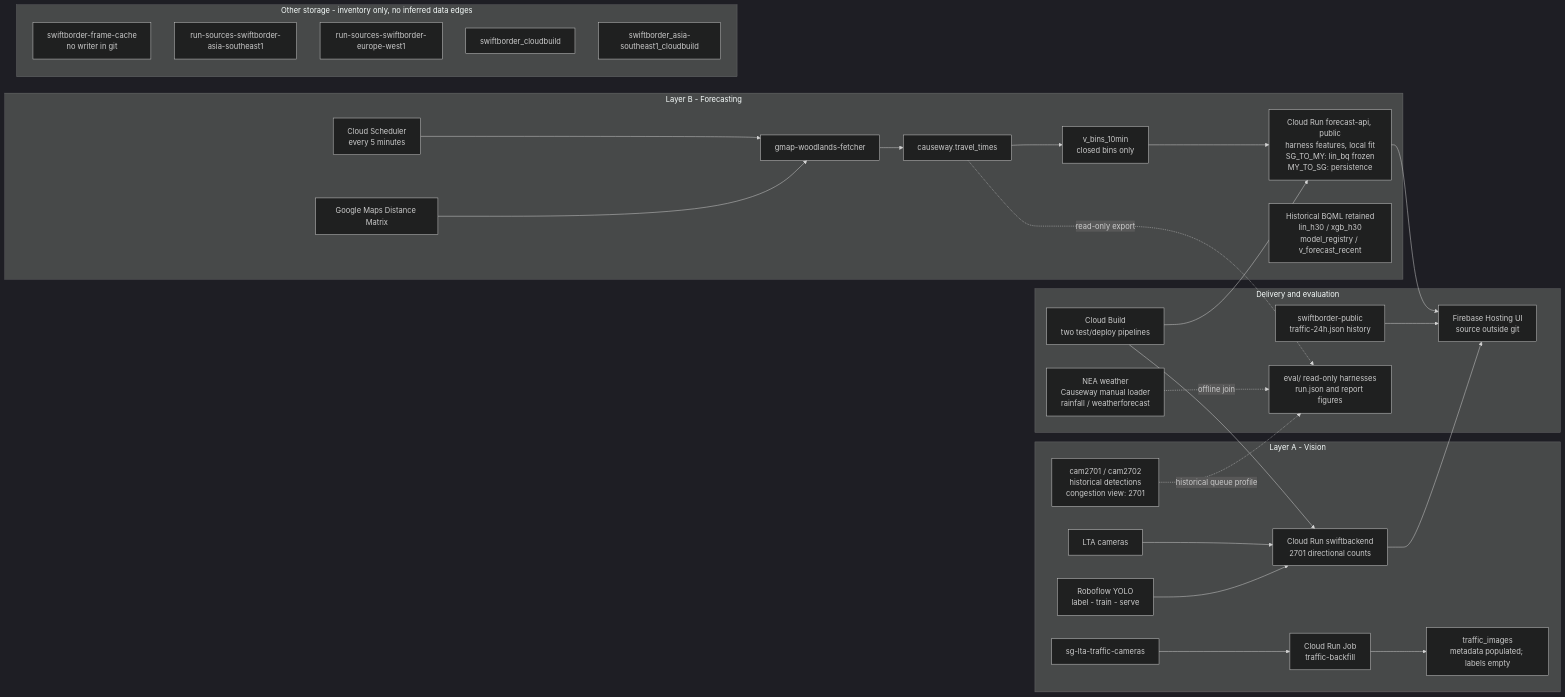
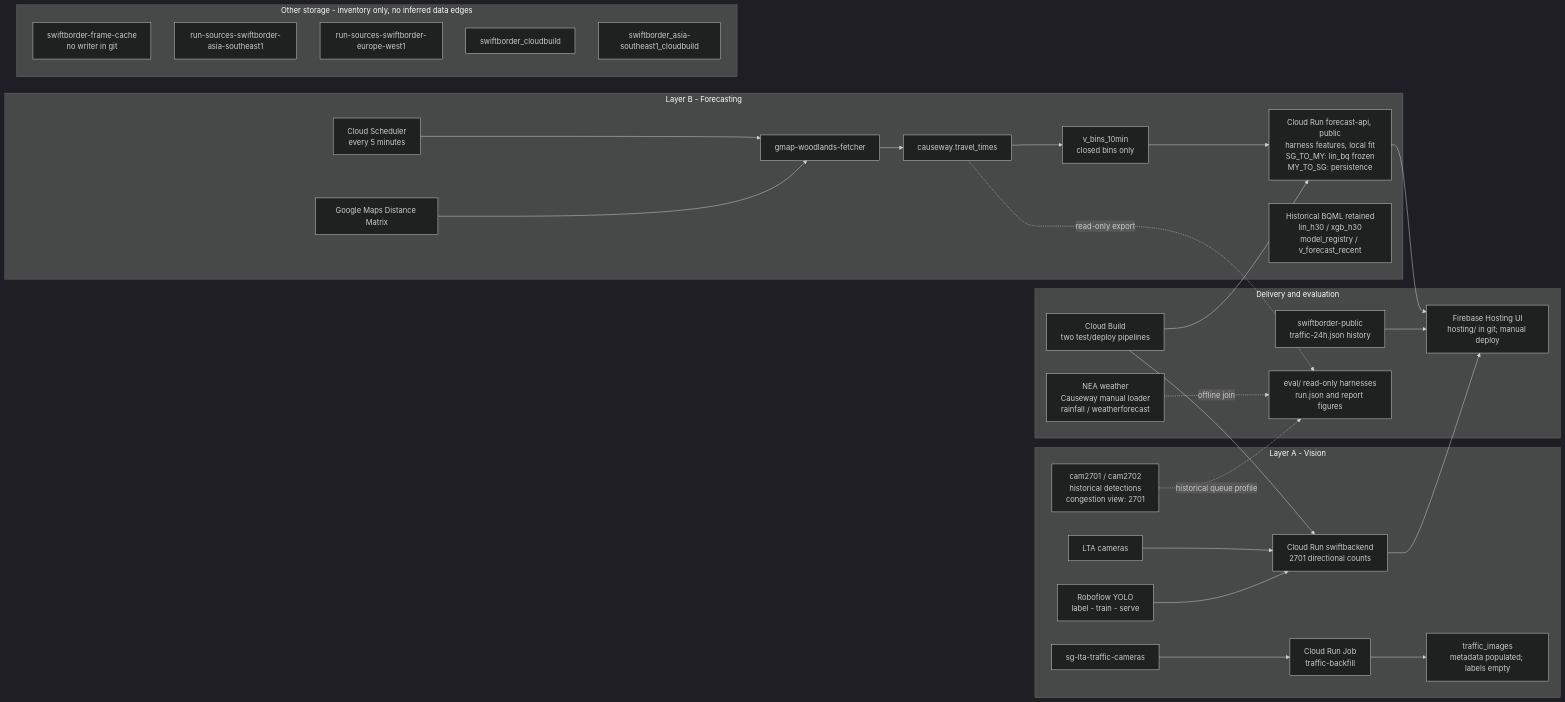
One commit to sozuken-max/swiftborder changed the second of 2 diagrams in docs/architecture.md. Above: the diagram before and after it, drawn with Mermaid (dark theme). The commit also changed other lines of this file and 17 other files, not shown here.

First line of the commit message:
Record the 4 Oct live check and that Hosting is in git.

````diff
--- a/docs/architecture.md
+++ b/docs/architecture.md
@@ -82,37 +82,37 @@
 ```mermaid
 flowchart LR
   subgraph LA["Layer A - Vision"]
     LTA["LTA cameras"] --> SB["Cloud Run swiftbackend<br/>2701 directional counts"]
     RF["Roboflow YOLO<br/>label - train - serve"] --> SB
     CAM["sg-lta-traffic-cameras"] --> JOB["Cloud Run Job<br/>traffic-backfill"]
     JOB --> META["traffic_images<br/>metadata populated; labels empty"]
     HIST["cam2701 / cam2702<br/>historical detections<br/>congestion view: 2701"]
   end
   subgraph LB["Layer B - Forecasting"]
     SCH["Cloud Scheduler<br/>every 5 minutes"] --> ING["gmap-woodlands-fetcher"]
     MAPS["Google Maps Distance Matrix"] --> ING
     ING --> TT["causeway.travel_times"]
     TT --> FEATURES["v_bins_10min<br/>closed bins only"]
     FEATURES --> API["Cloud Run forecast-api, public<br/>harness features, local fit<br/>SG_TO_MY: lin_bq frozen<br/>MY_TO_SG: persistence"]
     LEGACY["Historical BQML retained<br/>lin_h30 / xgb_h30<br/>model_registry / v_forecast_recent"]
   end
   subgraph DELIVERY["Delivery and evaluation"]
     BUILD["Cloud Build<br/>two test/deploy pipelines"] --> SB
     BUILD --> API
-    UI["Firebase Hosting UI<br/>source outside git"]
+    UI["Firebase Hosting UI<br/>hosting/ in git; manual deploy"]
     SB --> UI
     API --> UI
     PUB["swiftborder-public<br/>traffic-24h.json history"] --> UI
     EVAL["eval/ read-only harnesses<br/>run.json and report figures"]
     WX["NEA weather<br/>Causeway manual loader<br/>rainfall / weatherforecast"] -.->|"offline join"| EVAL
     HIST -.->|"historical queue profile"| EVAL
     TT -.->|"read-only export"| EVAL
   end
   subgraph STORAGE["Other storage - inventory only, no inferred data edges"]
     CACHE["swiftborder-frame-cache<br/>no writer in git"]
     RS1["run-sources-swiftborder-asia-southeast1"]
     RS2["run-sources-swiftborder-europe-west1"]
     CB["swiftborder_cloudbuild"]
     CBA["swiftborder_asia-southeast1_cloudbuild"]
   end
 ```
````
